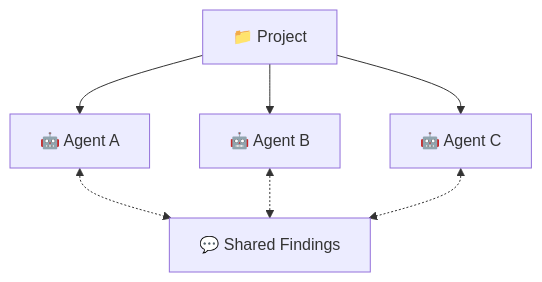
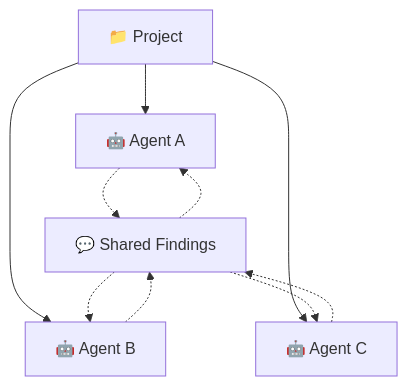
The third of 5 diagrams in README.md (nick-pape/grackle), drawn with Mermaid before and after one commit.

Commit message:
Fix Team diagram: expand bidirectional edges for Mermaid compatibility

````diff
--- a/README.md
+++ b/README.md
@@ -45,6 +45,11 @@
 ```mermaid
 graph TD
     P["📁 Project"]
     P --> A1["🤖 Agent A"] & A2["🤖 Agent B"] & A3["🤖 Agent C"]
-    A1 & A2 & A3 <-.-> F["💬 Shared Findings"]
+    A1 -.-> F["💬 Shared Findings"]
+    A2 -.-> F
+    A3 -.-> F
+    F -.-> A1
+    F -.-> A2
+    F -.-> A3
 ```
````
